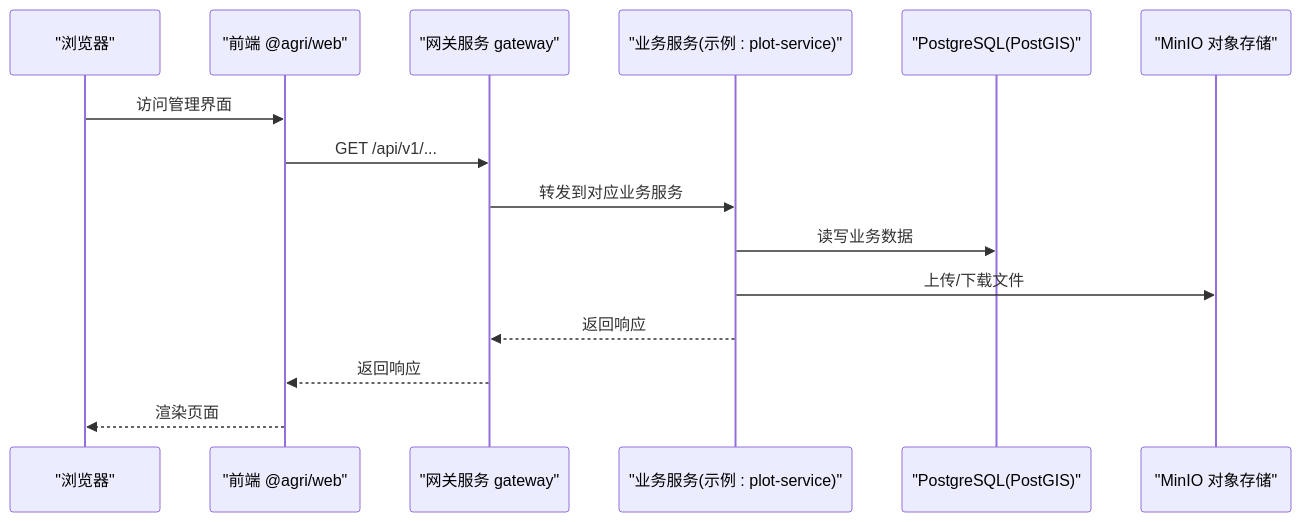
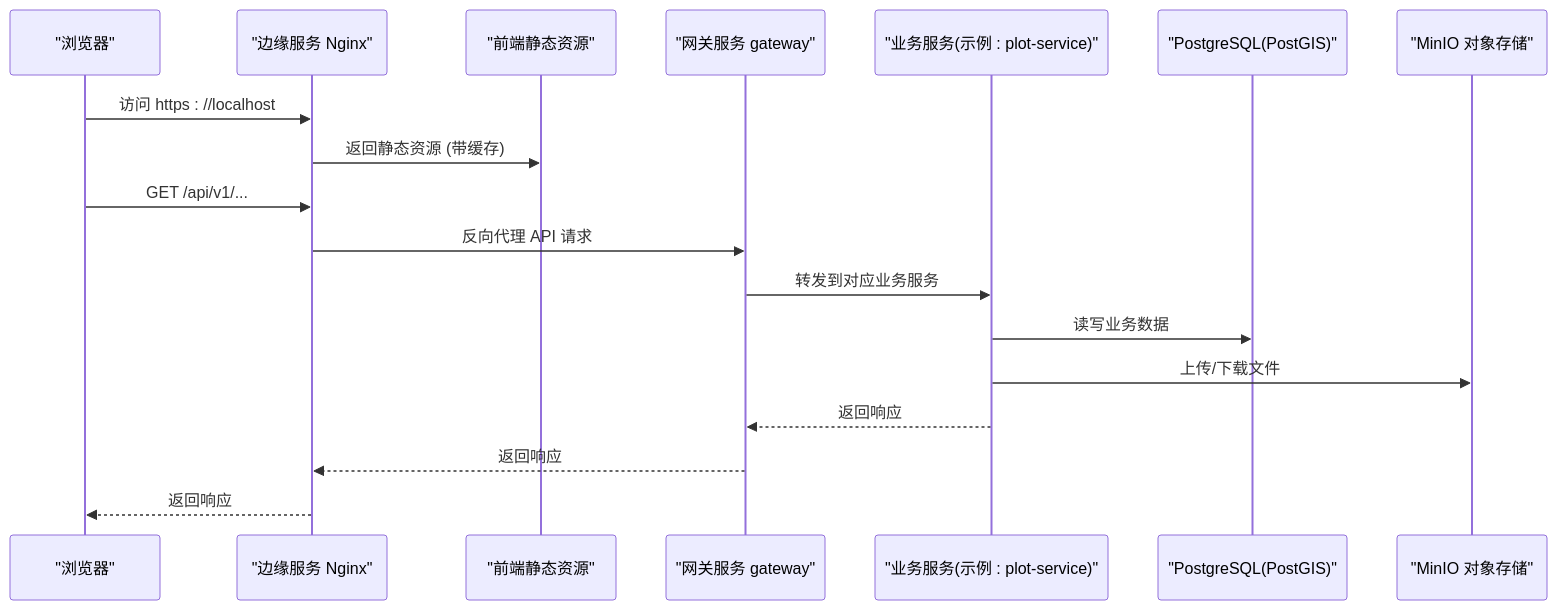
The second of 4 diagrams in .qoder/repowiki/zh/content/部署运维/部署策略.md (q446328246/agri-platform), drawn with Mermaid before and after one commit. The commit also changed other lines of this file and 42 other files, not shown here.

````diff
--- a/.qoder/repowiki/zh/content/部署运维/部署策略.md
+++ b/.qoder/repowiki/zh/content/部署运维/部署策略.md
@@ -102,17 +114,20 @@
 ```mermaid
 sequenceDiagram
 participant Browser as "浏览器"
-participant Web as "前端 @agri/web"
+participant Edge as "边缘服务 Nginx"
+participant Web as "前端静态资源"
 participant Gateway as "网关服务 gateway"
 participant Biz as "业务服务(示例 : plot-service)"
 participant DB as "PostgreSQL(PostGIS)"
 participant OSS as "MinIO 对象存储"
-Browser->>Web : 访问管理界面
-Web->>Gateway : GET /api/v1/...
+Browser->>Edge : 访问 https : //localhost
+Edge->>Web : 返回静态资源 (带缓存)
+Browser->>Edge : GET /api/v1/...
+Edge->>Gateway : 反向代理 API 请求
 Gateway->>Biz : 转发到对应业务服务
 Biz->>DB : 读写业务数据
 Biz->>OSS : 上传/下载文件
 Biz-->>Gateway : 返回响应
-Gateway-->>Web : 返回响应
-Web-->>Browser : 渲染页面
+Gateway-->>Edge : 返回响应
+Edge-->>Browser : 返回响应
 ```
````
